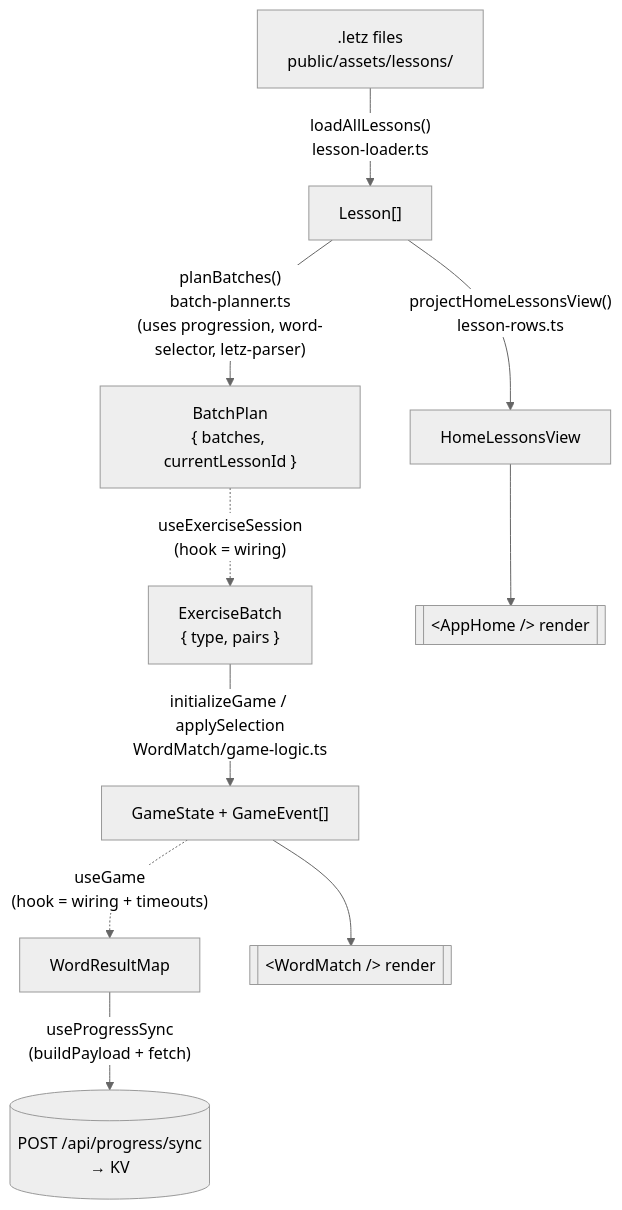
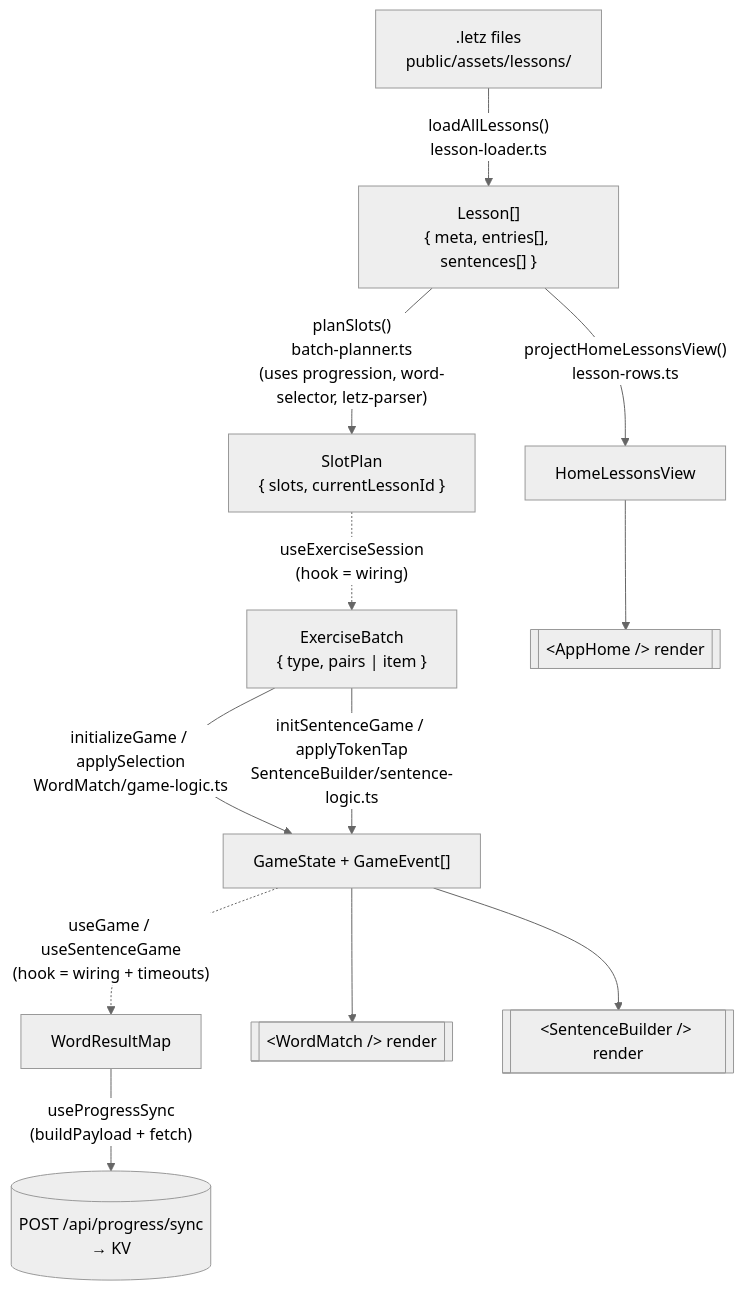
One commit to ashenwolf/roude-leiw-web changed the first of 3 diagrams in CLAUDE.md. Above: the diagram before and after it, drawn with Mermaid (neutral theme). The commit also changed other lines of this file and 40 other files, not shown here.

First line of the commit message:
Add SentenceBuilder exercise type with full pipeline integration

````diff
--- a/CLAUDE.md
+++ b/CLAUDE.md
@@ -131,24 +136,27 @@
 ```mermaid
 flowchart TD
   files[".letz files<br/>public/assets/lessons/"]
-  lessons["Lesson[]"]
+  lessons["Lesson[]<br/>{ meta, entries[], sentences[] }"]
   homeView["HomeLessonsView"]
-  batchPlan["BatchPlan<br/>{ batches, currentLessonId }"]
-  batch["ExerciseBatch<br/>{ type, pairs }"]
+  slotPlan["SlotPlan<br/>{ slots, currentLessonId }"]
+  batch["ExerciseBatch<br/>{ type, pairs | item }"]
   gameState["GameState + GameEvent[]"]
   results["WordResultMap"]
 
   appHome[["&lt;AppHome /&gt; render"]]
   wordMatch[["&lt;WordMatch /&gt; render"]]
+  sentenceBuilder[["&lt;SentenceBuilder /&gt; render"]]
   api[(POST /api/progress/sync<br/>→ KV)]
 
   files -->|"loadAllLessons()<br/>lesson-loader.ts"| lessons
   lessons -->|"projectHomeLessonsView()<br/>lesson-rows.ts"| homeView
   homeView --> appHome
-  lessons -->|"planBatches()<br/>batch-planner.ts<br/>(uses progression, word-selector, letz-parser)"| batchPlan
-  batchPlan -.->|"useExerciseSession<br/>(hook = wiring)"| batch
+  lessons -->|"planSlots()<br/>batch-planner.ts<br/>(uses progression, word-selector, letz-parser)"| slotPlan
+  slotPlan -.->|"useExerciseSession<br/>(hook = wiring)"| batch
   batch -->|"initializeGame / applySelection<br/>WordMatch/game-logic.ts"| gameState
-  gameState -.->|"useGame<br/>(hook = wiring + timeouts)"| results
+  batch -->|"initSentenceGame / applyTokenTap<br/>SentenceBuilder/sentence-logic.ts"| gameState
+  gameState -.->|"useGame / useSentenceGame<br/>(hook = wiring + timeouts)"| results
   gameState --> wordMatch
+  gameState --> sentenceBuilder
   results -->|"useProgressSync<br/>(buildPayload + fetch)"| api
 ```
````
